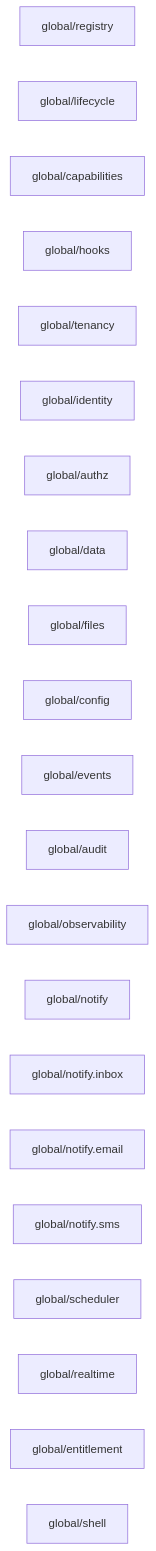
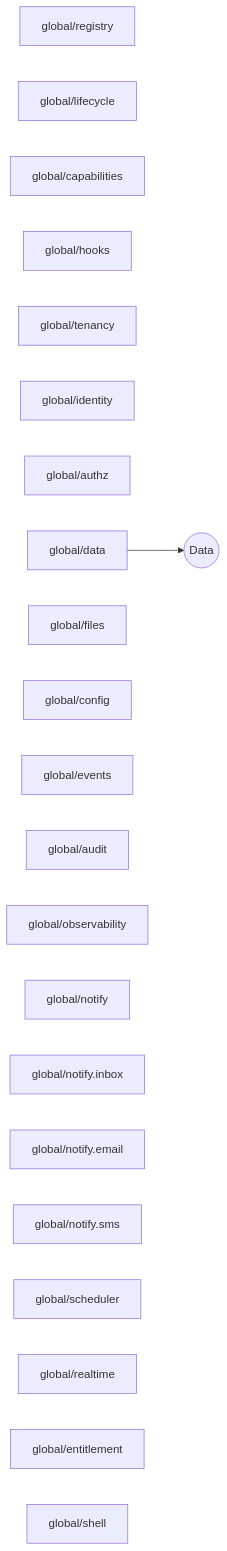
The diagram in docs/generated/seam-graph.md (idadawn/qian), drawn with Mermaid before and after one commit. The commit also changed other lines of this file and 1 other file, not shown here.

Commit message:
docs(sdk): 同步真实服务键与当前组件配置目录 [S1-RT-014]

````diff
--- a/docs/generated/seam-graph.md
+++ b/docs/generated/seam-graph.md
@@ -10,24 +11,26 @@
 ```mermaid
 flowchart LR
   n0["global/registry"]
   n1["global/lifecycle"]
   n2["global/capabilities"]
   n3["global/hooks"]
   n4["global/tenancy"]
   n5["global/identity"]
   n6["global/authz"]
   n7["global/data"]
   n8["global/files"]
   n9["global/config"]
   n10["global/events"]
   n11["global/audit"]
   n12["global/observability"]
   n13["global/notify"]
   n14["global/notify.inbox"]
   n15["global/notify.email"]
   n16["global/notify.sms"]
   n17["global/scheduler"]
   n18["global/realtime"]
   n19["global/entitlement"]
   n20["global/shell"]
+  s0(("Data"))
+  n7 --> s0
 ```
````
